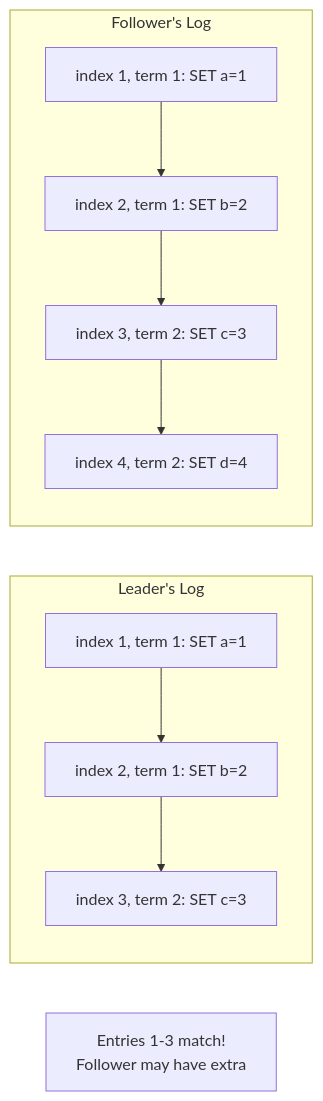
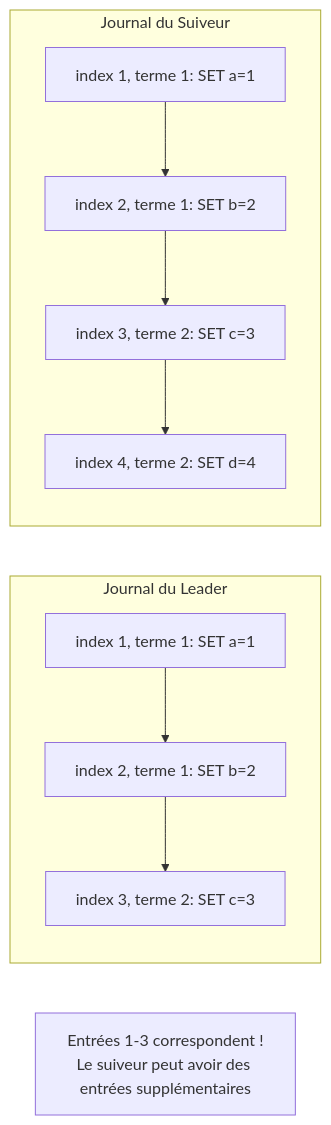
Before and after one commit to dardourimohamed/distributed-systems-course: the eighth of 10 diagrams in src/consensus/12-raft-algorithm.md, drawn with Mermaid. The commit also changed other lines of this file and 38 other files, not shown here.

````diff
--- a/src/consensus/12-raft-algorithm.md
+++ b/src/consensus/12-raft-algorithm.md
@@ -262,19 +265,19 @@
 ```mermaid
 graph LR
-    subgraph "Leader's Log"
-        L1[index 1, term 1: SET a=1]
-        L2[index 2, term 1: SET b=2]
-        L3[index 3, term 2: SET c=3]
+    subgraph "Journal du Leader"
+        L1[index 1, terme 1: SET a=1]
+        L2[index 2, terme 1: SET b=2]
+        L3[index 3, terme 2: SET c=3]
         L1 --> L2 --> L3
     end
 
-    subgraph "Follower's Log"
-        F1[index 1, term 1: SET a=1]
-        F2[index 2, term 1: SET b=2]
-        F3[index 3, term 2: SET c=3]
-        F4[index 4, term 2: SET d=4]
+    subgraph "Journal du Suiveur"
+        F1[index 1, terme 1: SET a=1]
+        F2[index 2, terme 1: SET b=2]
+        F3[index 3, terme 2: SET c=3]
+        F4[index 4, terme 2: SET d=4]
         F1 --> F2 --> F3 --> F4
     end
 
-    Match[Entries 1-3 match!<br/>Follower may have extra]
+    Match[Entrées 1-3 correspondent !<br/>Le suiveur peut avoir des entrées supplémentaires]
 ```
````
